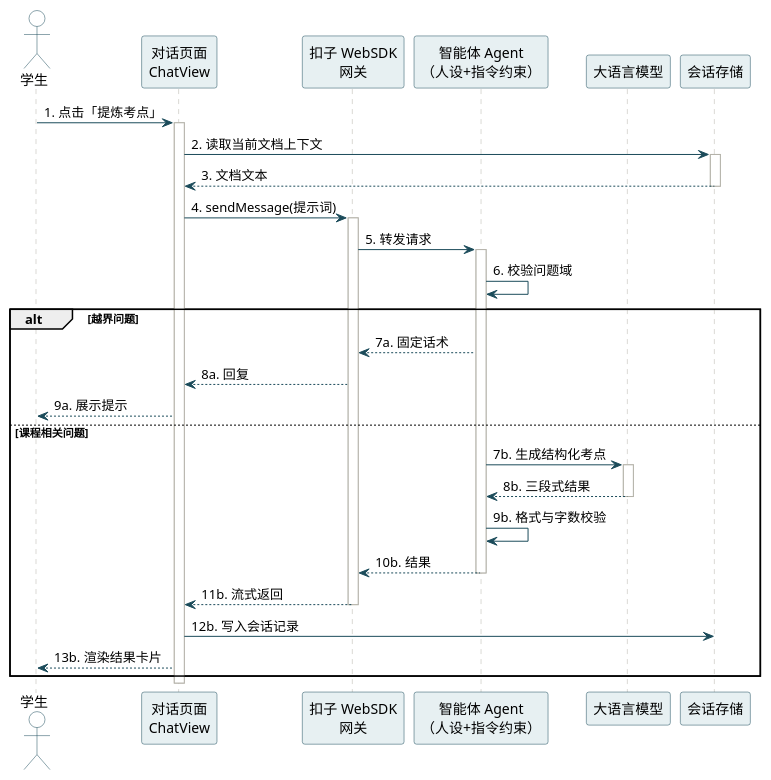
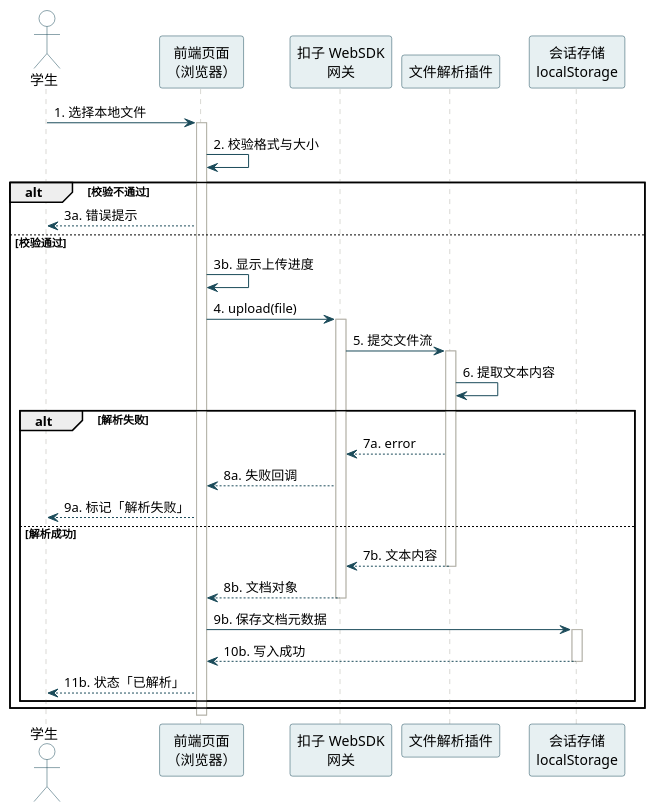
One commit to zhenglebing/cheng-qun-jie-dui changed the diagram in review-ai/docs/uml/04-时序图-文档上传流程.puml. Above: the diagram before and after it, drawn with PlantUML. The commit also changed 23 other files, not shown here.

Commit message:
Correct UML filenames and include ER diagram

```diff
--- a/review-ai/docs/uml/04-时序图-文档上传流程.puml
+++ b/review-ai/docs/uml/04-时序图-文档上传流程.puml
@@ -1,49 +1,48 @@
 @startuml
 skinparam defaultFontName "Microsoft YaHei"
 skinparam shadowing false
 skinparam sequence {
   ArrowColor #1B4B5A
   LifeLineBorderColor #B4B2A9
   ParticipantBackgroundColor #E7F0F2
   ParticipantBorderColor #1B4B5A
   ActorBackgroundColor #FFFFFF
   ActorBorderColor #1B4B5A
 }
 
 actor "学生" as U
-participant "对话页面\nChatView" as W
+participant "前端页面\n（浏览器）" as W
 participant "扣子 WebSDK\n网关" as S
-participant "智能体 Agent\n（人设+指令约束）" as A
-participant "大语言模型" as M
-participant "会话存储" as D
+participant "文件解析插件" as P
+participant "会话存储\nlocalStorage" as D
 
-U -> W : 1. 点击「提炼考点」
+U -> W : 1. 选择本地文件
 activate W
-W -> D : 2. 读取当前文档上下文
-activate D
-D --> W : 3. 文档文本
-deactivate D
-W -> S : 4. sendMessage(提示词)
-activate S
-S -> A : 5. 转发请求
-activate A
-A -> A : 6. 校验问题域
-alt 越界问题
-  A --> S : 7a. 固定话术
-  S --> W : 8a. 回复
-  W --> U : 9a. 展示提示
-else 课程相关问题
-  A -> M : 7b. 生成结构化考点
-  activate M
-  M --> A : 8b. 三段式结果
-  deactivate M
-  A -> A : 9b. 格式与字数校验
-  A --> S : 10b. 结果
-  deactivate A
-  S --> W : 11b. 流式返回
-  deactivate S
-  W -> D : 12b. 写入会话记录
-  W --> U : 13b. 渲染结果卡片
+W -> W : 2. 校验格式与大小
+alt 校验不通过
+  W --> U : 3a. 错误提示
+else 校验通过
+  W -> W : 3b. 显示上传进度
+  W -> S : 4. upload(file)
+  activate S
+  S -> P : 5. 提交文件流
+  activate P
+  P -> P : 6. 提取文本内容
+  alt 解析失败
+    P --> S : 7a. error
+    S --> W : 8a. 失败回调
+    W --> U : 9a. 标记「解析失败」
+  else 解析成功
+    P --> S : 7b. 文本内容
+    deactivate P
+    S --> W : 8b. 文档对象
+    deactivate S
+    W -> D : 9b. 保存文档元数据
+    activate D
+    D --> W : 10b. 写入成功
+    deactivate D
+    W --> U : 11b. 状态「已解析」
+  end
 end
 deactivate W
 @enduml
```
